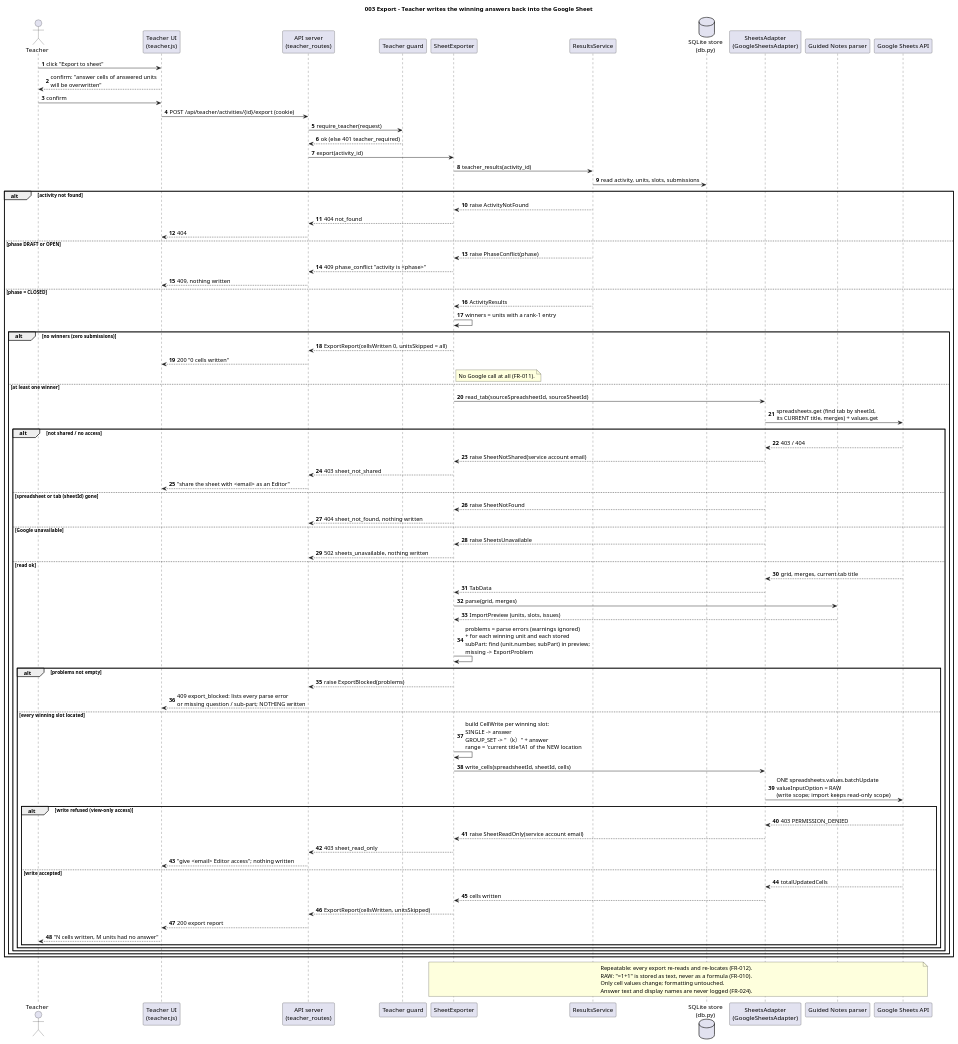
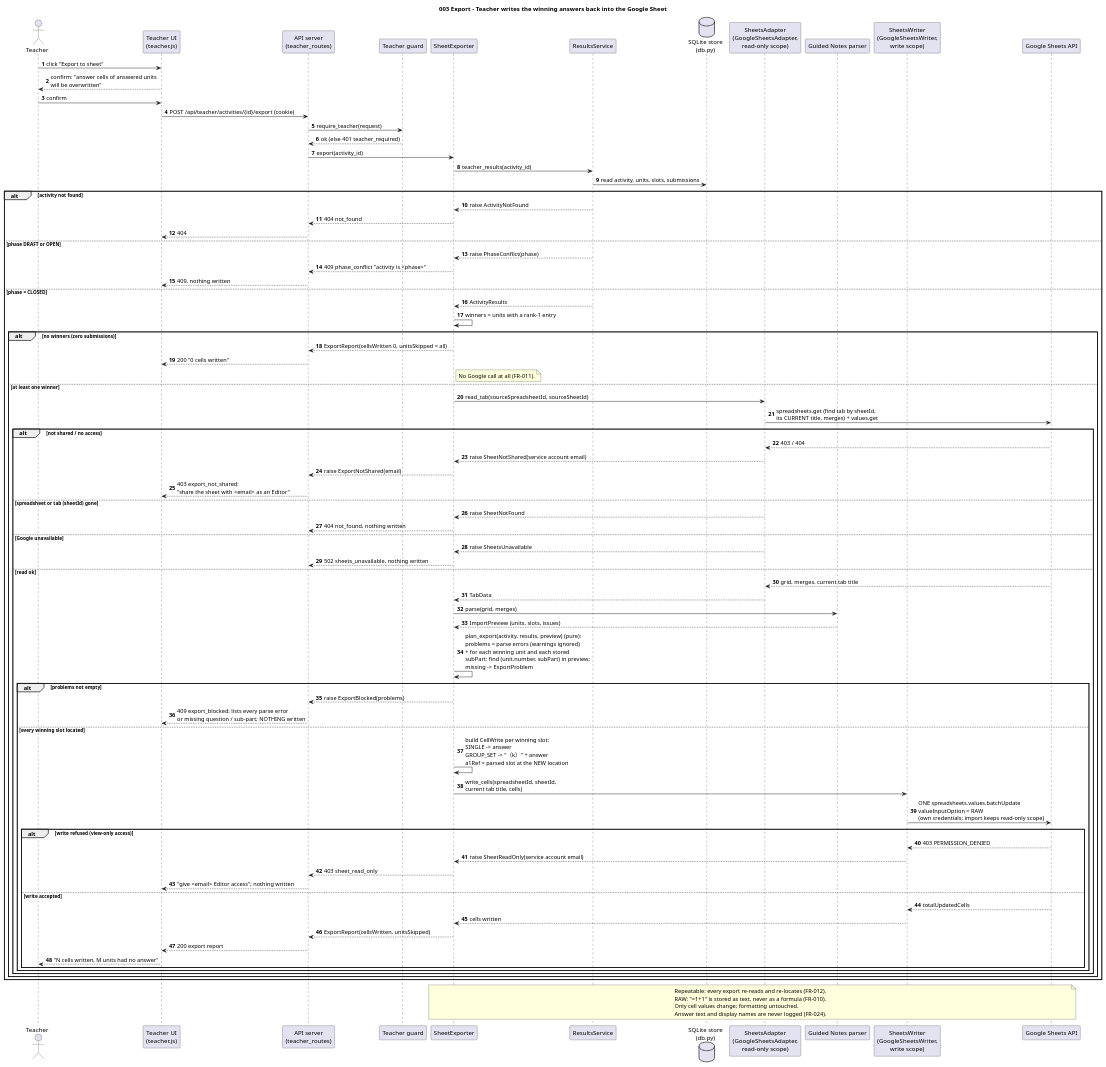
Before and after one commit to WasabiSaikou/quiz-buzzer: the diagram in diagrams/003-seq-export-sheet.puml, drawn with PlantUML. The commit also changed 13 other files, not shown here.

```diff
--- a/diagrams/003-seq-export-sheet.puml
+++ b/diagrams/003-seq-export-sheet.puml
@@ -1,95 +1,96 @@
 @startuml 003-seq-export-sheet
 title 003 Export - Teacher writes the winning answers back into the Google Sheet
 
 skinparam shadowing false
 skinparam defaultFontName "Microsoft JhengHei"
 autonumber
 
 actor Teacher
 participant "Teacher UI\n(teacher.js)" as TUI
 participant "API server\n(teacher_routes)" as API
 participant "Teacher guard" as AUTH
 participant "SheetExporter" as EXP
 participant "ResultsService" as RES
 database "SQLite store\n(db.py)" as DB
-participant "SheetsAdapter\n(GoogleSheetsAdapter)" as SA
+participant "SheetsAdapter\n(GoogleSheetsAdapter,\nread-only scope)" as SA
 participant "Guided Notes parser" as PARSER
+participant "SheetsWriter\n(GoogleSheetsWriter,\nwrite scope)" as SW
 participant "Google Sheets API" as GS
 
 Teacher -> TUI : click "Export to sheet"
 TUI --> Teacher : confirm: "answer cells of answered units\nwill be overwritten"
 Teacher -> TUI : confirm
 TUI -> API : POST /api/teacher/activities/{id}/export (cookie)
 API -> AUTH : require_teacher(request)
 AUTH --> API : ok (else 401 teacher_required)
 API -> EXP : export(activity_id)
 EXP -> RES : teacher_results(activity_id)
 RES -> DB : read activity, units, slots, submissions
 alt activity not found
   RES --> EXP : raise ActivityNotFound
   EXP --> API : 404 not_found
   API --> TUI : 404
 else phase DRAFT or OPEN
   RES --> EXP : raise PhaseConflict(phase)
   EXP --> API : 409 phase_conflict "activity is <phase>"
   API --> TUI : 409, nothing written
 else phase = CLOSED
   RES --> EXP : ActivityResults
   EXP -> EXP : winners = units with a rank-1 entry
   alt no winners (zero submissions)
     EXP --> API : ExportReport(cellsWritten 0, unitsSkipped = all)
     API --> TUI : 200 "0 cells written"
     note right of EXP
       No Google call at all (FR-011).
     end note
   else at least one winner
     EXP -> SA : read_tab(sourceSpreadsheetId, sourceSheetId)
     SA -> GS : spreadsheets.get (find tab by sheetId,\nits CURRENT title, merges) + values.get
     alt not shared / no access
       GS --> SA : 403 / 404
       SA --> EXP : raise SheetNotShared(service account email)
-      EXP --> API : 403 sheet_not_shared
-      API --> TUI : "share the sheet with <email> as an Editor"
+      EXP --> API : raise ExportNotShared(email)
+      API --> TUI : 403 export_not_shared:\n"share the sheet with <email> as an Editor"
     else spreadsheet or tab (sheetId) gone
       SA --> EXP : raise SheetNotFound
-      EXP --> API : 404 sheet_not_found, nothing written
+      EXP --> API : 404 not_found, nothing written
     else Google unavailable
       SA --> EXP : raise SheetsUnavailable
       EXP --> API : 502 sheets_unavailable, nothing written
     else read ok
       GS --> SA : grid, merges, current tab title
       SA --> EXP : TabData
       EXP -> PARSER : parse(grid, merges)
       PARSER --> EXP : ImportPreview (units, slots, issues)
-      EXP -> EXP : problems = parse errors (warnings ignored)\n+ for each winning unit and each stored\nsubPart: find (unit.number, subPart) in preview;\nmissing -> ExportProblem
+      EXP -> EXP : plan_export(activity, results, preview) (pure):\nproblems = parse errors (warnings ignored)\n+ for each winning unit and each stored\nsubPart: find (unit.number, subPart) in preview;\nmissing -> ExportProblem
       alt problems not empty
         EXP --> API : raise ExportBlocked(problems)
         API --> TUI : 409 export_blocked: lists every parse error\nor missing question / sub-part; NOTHING written
       else every winning slot located
-        EXP -> EXP : build CellWrite per winning slot:\nSINGLE -> answer\nGROUP_SET -> "（k）" + answer\nrange = 'current title'!A1 of the NEW location
-        EXP -> SA : write_cells(spreadsheetId, sheetId, cells)
-        SA -> GS : ONE spreadsheets.values.batchUpdate\nvalueInputOption = RAW\n(write scope; import keeps read-only scope)
+        EXP -> EXP : build CellWrite per winning slot:\nSINGLE -> answer\nGROUP_SET -> "（k）" + answer\na1Ref = parsed slot at the NEW location
+        EXP -> SW : write_cells(spreadsheetId, sheetId,\ncurrent tab title, cells)
+        SW -> GS : ONE spreadsheets.values.batchUpdate\nvalueInputOption = RAW\n(own credentials; import keeps read-only scope)
         alt write refused (view-only access)
-          GS --> SA : 403 PERMISSION_DENIED
-          SA --> EXP : raise SheetReadOnly(service account email)
+          GS --> SW : 403 PERMISSION_DENIED
+          SW --> EXP : raise SheetReadOnly(service account email)
           EXP --> API : 403 sheet_read_only
           API --> TUI : "give <email> Editor access"; nothing written
         else write accepted
-          GS --> SA : totalUpdatedCells
-          SA --> EXP : cells written
+          GS --> SW : totalUpdatedCells
+          SW --> EXP : cells written
           EXP --> API : ExportReport(cellsWritten, unitsSkipped)
           API --> TUI : 200 export report
           TUI --> Teacher : "N cells written, M units had no answer"
         end
       end
     end
   end
 end
 
 note over EXP, GS
   Repeatable: every export re-reads and re-locates (FR-012).
   RAW: "=1+1" is stored as text, never as a formula (FR-010).
   Only cell values change; formatting untouched.
   Answer text and display names are never logged (FR-024).
 end note
 @enduml
```
